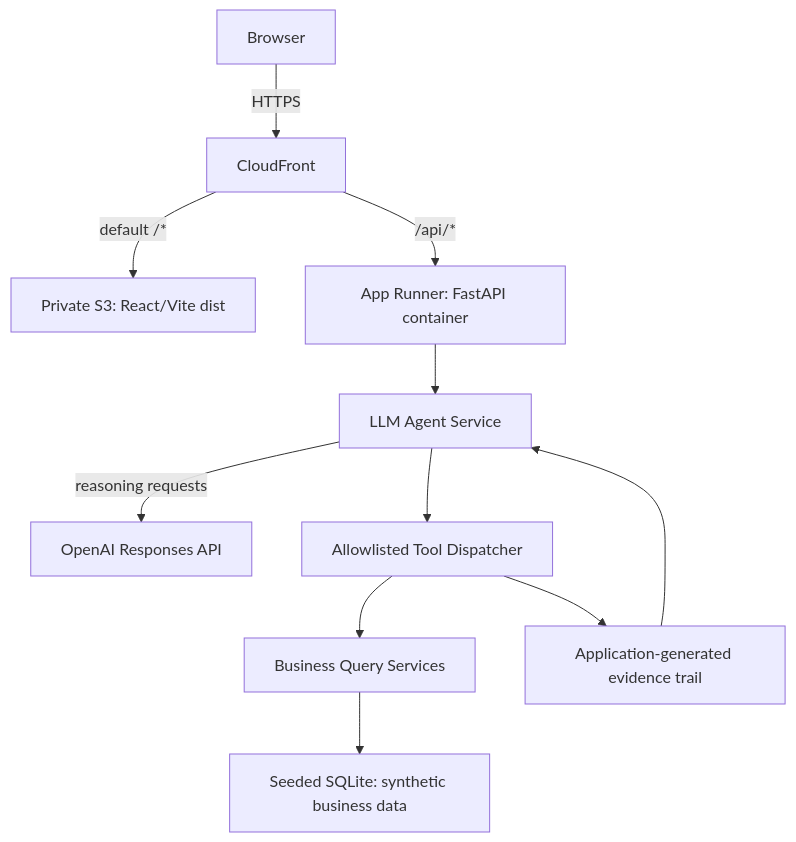
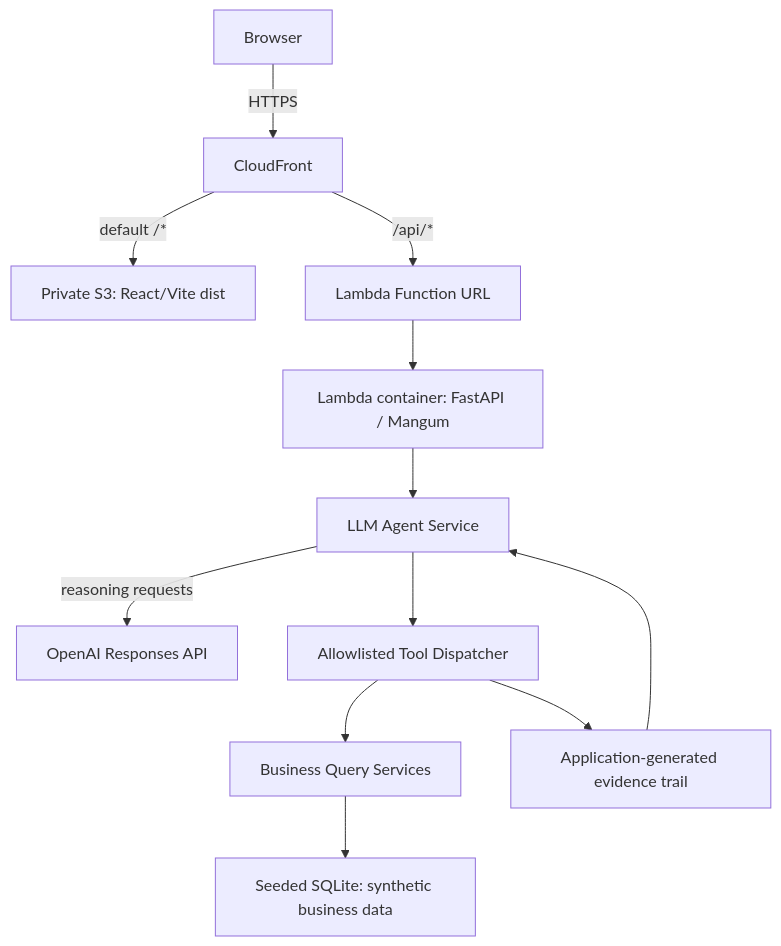
The diagram in README.md (yi0805/opspilot), drawn with Mermaid before and after one commit. The commit also changed other lines of this file and 9 other files, not shown here.

Commit message:
refactor: replace App Runner with Lambda

````diff
--- a/README.md
+++ b/README.md
@@ -9,13 +9,14 @@
 ```mermaid
 flowchart TD
     Browser[Browser] -->|HTTPS| CDN[CloudFront]
     CDN -->|default /*| S3[Private S3: React/Vite dist]
-    CDN -->|/api/*| Runner[App Runner: FastAPI container]
-    Runner --> Agent[LLM Agent Service]
+    CDN -->|/api/*| FunctionUrl[Lambda Function URL]
+    FunctionUrl --> Lambda[Lambda container: FastAPI / Mangum]
+    Lambda --> Agent[LLM Agent Service]
     Agent -->|reasoning requests| OpenAI[OpenAI Responses API]
     Agent --> Dispatcher[Allowlisted Tool Dispatcher]
     Dispatcher --> Queries[Business Query Services]
     Queries --> Data[Seeded SQLite: synthetic business data]
     Dispatcher --> Evidence[Application-generated evidence trail]
     Evidence --> Agent
 ```
````
